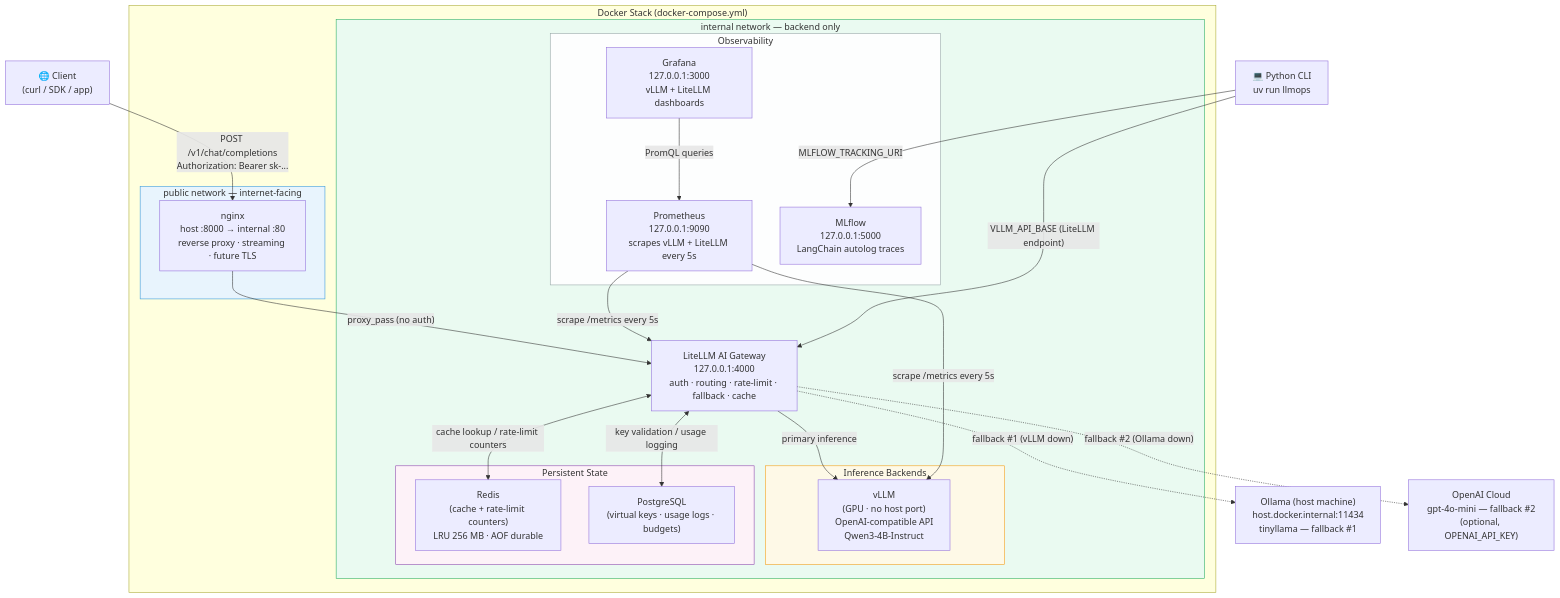
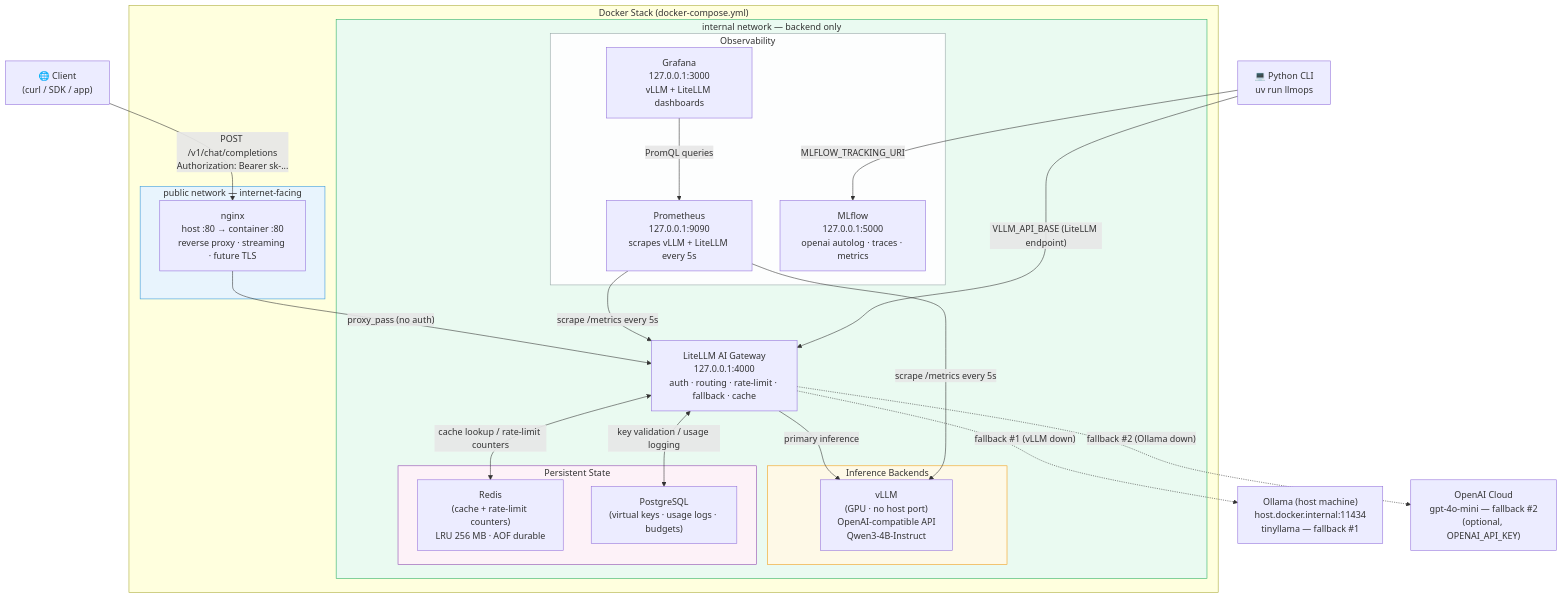
The diagram in docs/diagrams/system-architecture.md (ayushsoni1010/vllmops), drawn with Mermaid before and after one commit. The commit also changed 6 other files, not shown here.

````diff
--- a/docs/diagrams/system-architecture.md
+++ b/docs/diagrams/system-architecture.md
@@ -5,56 +5,56 @@
 ```mermaid
 graph TB
     Client["🌐 Client\n(curl / SDK / app)"]
     CLI["💻 Python CLI\nuv run llmops"]
 
     subgraph docker["Docker Stack (docker-compose.yml)"]
         subgraph pub["public network — internet-facing"]
-            nginx["nginx\nhost :8000 → internal :80\nreverse proxy · streaming · future TLS"]
+            nginx["nginx\nhost :80 → container :80\nreverse proxy · streaming · future TLS"]
         end
 
         subgraph int["internal network — backend only"]
             litellm["LiteLLM AI Gateway\n127.0.0.1:4000\nauth · routing · rate-limit · fallback · cache"]
 
             subgraph inf["Inference Backends"]
                 vllm["vLLM\n(GPU · no host port)\nOpenAI-compatible API\nQwen3-4B-Instruct"]
             end
 
             subgraph store["Persistent State"]
                 redis["Redis\n(cache + rate-limit counters)\nLRU 256 MB · AOF durable"]
                 postgres["PostgreSQL\n(virtual keys · usage logs · budgets)"]
             end
 
             subgraph obs["Observability"]
                 prometheus["Prometheus\n127.0.0.1:9090\nscrapes vLLM + LiteLLM every 5s"]
                 grafana["Grafana\n127.0.0.1:3000\nvLLM + LiteLLM dashboards"]
-                mlflow["MLflow\n127.0.0.1:5000\nLangChain autolog traces"]
+                mlflow["MLflow\n127.0.0.1:5000\nopenai autolog · traces · metrics"]
             end
         end
     end
 
     ollama["Ollama (host machine)\nhost.docker.internal:11434\ntinyllama — fallback #1"]
     openai["OpenAI Cloud\ngpt-4o-mini — fallback #2\n(optional, OPENAI_API_KEY)"]
 
     Client -->|"POST /v1/chat/completions\nAuthorization: Bearer sk-..."| nginx
     nginx -->|"proxy_pass (no auth)"| litellm
 
     litellm -->|"primary inference"| vllm
     litellm -.->|"fallback #1 (vLLM down)"| ollama
     litellm -.->|"fallback #2 (Ollama down)"| openai
 
     litellm <-->|"cache lookup / rate-limit counters"| redis
     litellm <-->|"key validation / usage logging"| postgres
 
     prometheus -->|"scrape /metrics every 5s"| vllm
     prometheus -->|"scrape /metrics every 5s"| litellm
     grafana -->|"PromQL queries"| prometheus
 
     CLI -->|"VLLM_API_BASE (LiteLLM endpoint)"| litellm
     CLI -->|"MLFLOW_TRACKING_URI"| mlflow
 
     style pub fill:#e8f4fd,stroke:#3498db
     style int fill:#eafaf1,stroke:#27ae60
     style inf fill:#fef9e7,stroke:#f39c12
     style store fill:#fdf2f8,stroke:#8e44ad
     style obs fill:#fdfefe,stroke:#95a5a6
 ```
````
